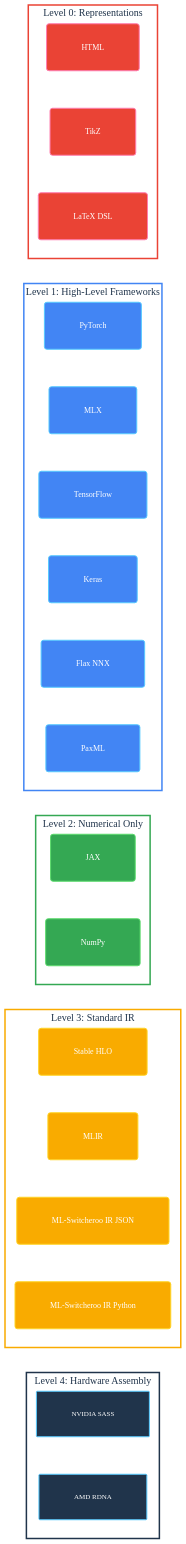
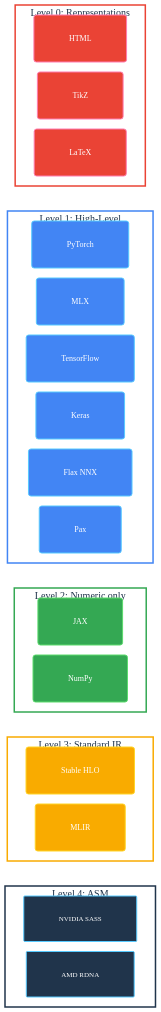
The first of 2 diagrams in README.md (SamuelMarks/ml-switcheroo), drawn with Mermaid before and after one commit. The commit also changed 783 other files, not shown here.

```diff
--- a/README.md
+++ b/README.md
@@ -35,10 +35,11 @@
 %% Level 3: Yellow (Intermediate)
     classDef l3Node fill: #f9ab00, stroke: #ffd427, stroke-width: 2px, color: white, font-family: 'Google Sans Normal', font-size: 16px, rx: 5px, ry: 5px;
 
-%% Level 4: Navy (Hardware ASM) - Roboto Mono
+%% Hardware: Navy (SASS) - Roboto Mono
     classDef asmNode fill: #20344b, stroke: #57caff, stroke-width: 2px, color: white, font-family: 'Roboto Mono Normal', font-size: 14px, rx: 2px, ry: 2px;
 
 %% --- 2. Subgraph Styling ---
+%% White backgrounds to ensure text readability + visual grouping
     classDef containerL0 fill: white, stroke: #ea4335, stroke-width: 3px, color: #20344b, font-family: 'Google Sans Medium', font-size: 20px;
     classDef containerL1 fill: white, stroke: #4285f4, stroke-width: 3px, color: #20344b, font-family: 'Google Sans Medium', font-size: 20px;
     classDef containerL2 fill: white, stroke: #34a853, stroke-width: 3px, color: #20344b, font-family: 'Google Sans Medium', font-size: 20px;
@@ -48,42 +49,52 @@
 %% --- 3. Diagram Structure ---
 
     subgraph L0 [Level 0: Representations]
-        direction TB
-        HTML ~~~ TikZ ~~~ LaTeX_DSL[LaTeX DSL]
+        direction LR
+        HTML
+        TikZ
+        LaTeX
     end
 
-    subgraph L1 [Level 1: High-Level Frameworks]
-        direction TB
-        PyTorch ~~~ MLX ~~~ TensorFlow ~~~ Keras ~~~ FlaxNNX[Flax NNX] ~~~ PaxML
+    subgraph L1 [Level 1: High-Level]
+        direction LR
+        PyTorch
+        MLX
+        TensorFlow
+        Keras
+        FlaxNNX[Flax NNX]
+        Pax
     end
 
-    subgraph L2 [Level 2: Numerical Only]
-        direction TB
-        JAX ~~~ NumPy
+    subgraph L2 [Level 2: Numeric only]
+        direction LR
+        JAX
+        NumPy
     end
 
     subgraph L3 [Level 3: Standard IR]
-        direction TB
-        StableHLO[Stable HLO] ~~~ MLIR ~~~ IR_JSON[ML-Switcheroo IR JSON] ~~~ IR_Py[ML-Switcheroo IR Python]
+        direction LR
+        StableHLO[Stable HLO]
+        MLIR
     end
 
-    subgraph LBottom [Level 4: Hardware Assembly]
-        direction TB
-        NVIDIA_SASS[NVIDIA SASS] ~~~ RDNA[AMD RDNA]
+    subgraph LBottom [Level 4: ASM]
+        direction LR
+        SASS[NVIDIA SASS]
+        RDNA[AMD RDNA]
     end
 
 %% --- 4. Connections ---
     TikZ ~~~ TensorFlow
     TensorFlow ~~~ JAX
     JAX ~~~ StableHLO
-    StableHLO ~~~ NVIDIA_SASS
-
+    StableHLO ~~~ SASS
 %% --- 5. Apply Styles ---
-    class HTML,TikZ,LaTeX_DSL l0Node;
-    class PyTorch,MLX,TensorFlow,Keras,FlaxNNX,PaxML l1Node;
+    class HTML,TikZ,LaTeX l0Node;
+    class PyTorch,MLX,TensorFlow,Keras,FlaxNNX,Pax l1Node;
     class JAX,NumPy l2Node;
-    class StableHLO,MLIR,IR_JSON,IR_Py l3Node;
-    class NVIDIA_SASS,RDNA asmNode;
+    class StableHLO,MLIR l3Node;
+    class SASS asmNode;
+    class RDNA asmNode;
     class L0 containerL0;
     class L1 containerL1;
     class L2 containerL2;
```
